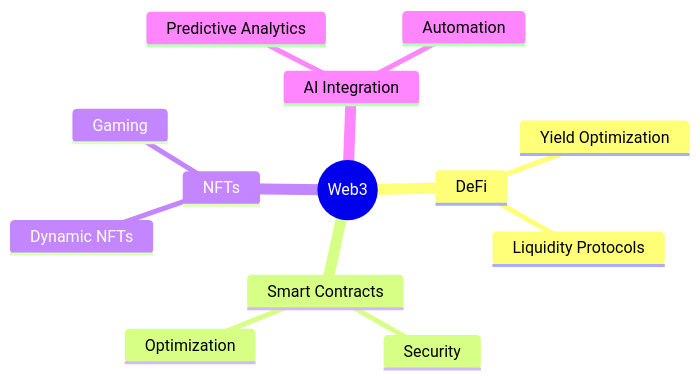
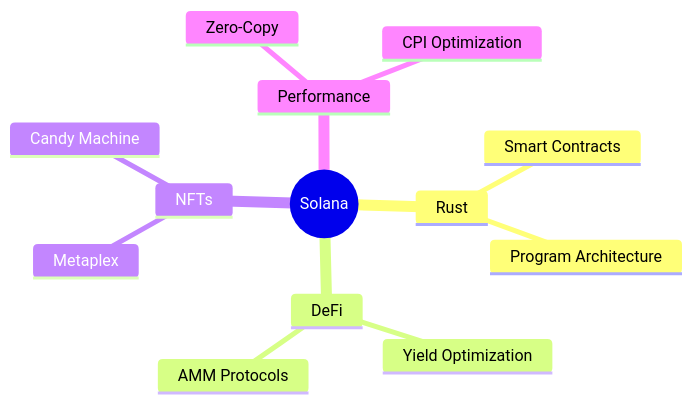
Before and after one commit to sagarregmi2056/sagarregmi2056: the diagram in README.md, drawn with Mermaid. The commit also changed other lines of this file, not shown here.

````diff
--- a/README.md
+++ b/README.md
@@ -76,16 +107,16 @@
 ```mermaid
 mindmap
-  root((Web3))
+  root((Solana))
+    Rust
+      Smart Contracts
+      Program Architecture
     DeFi
       Yield Optimization
-      Liquidity Protocols
-    Smart Contracts
-      Security
-      Optimization
+      AMM Protocols
     NFTs
-      Dynamic NFTs
-      Gaming
-    AI Integration
-      Predictive Analytics
-      Automation
+      Metaplex
+      Candy Machine
+    Performance
+      Zero-Copy
+      CPI Optimization
 ```
````
